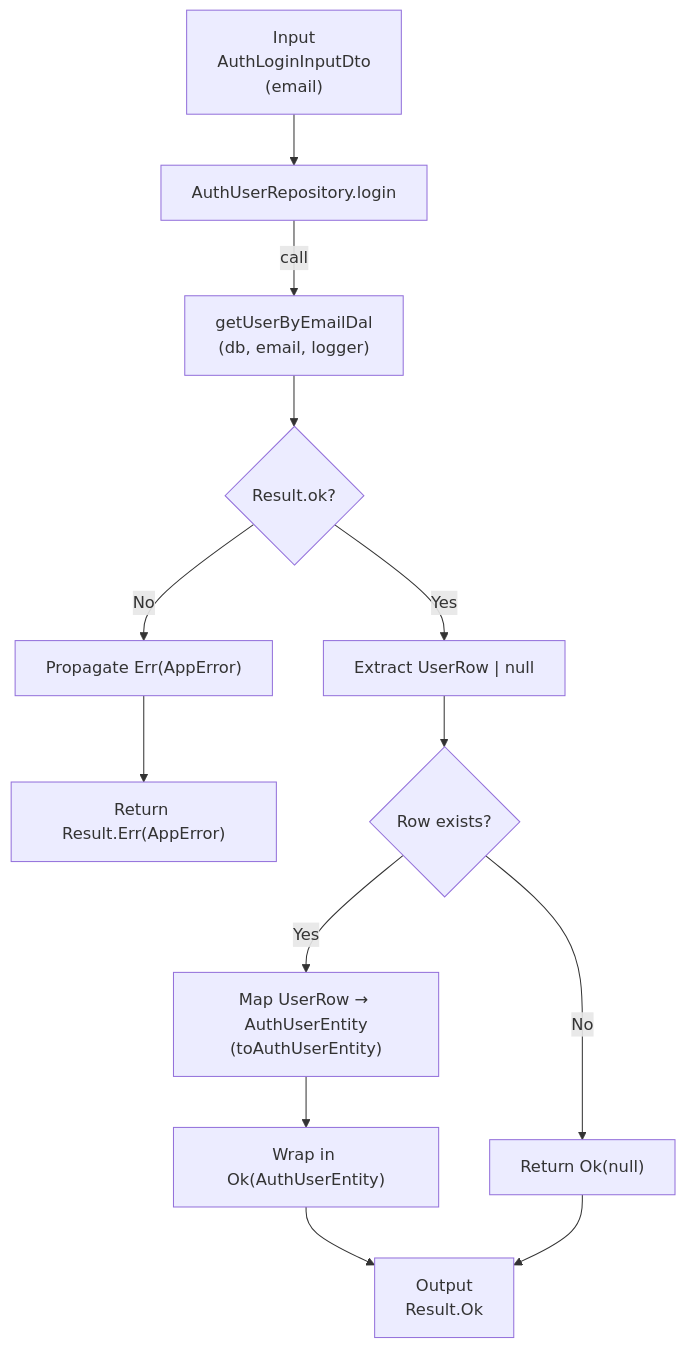
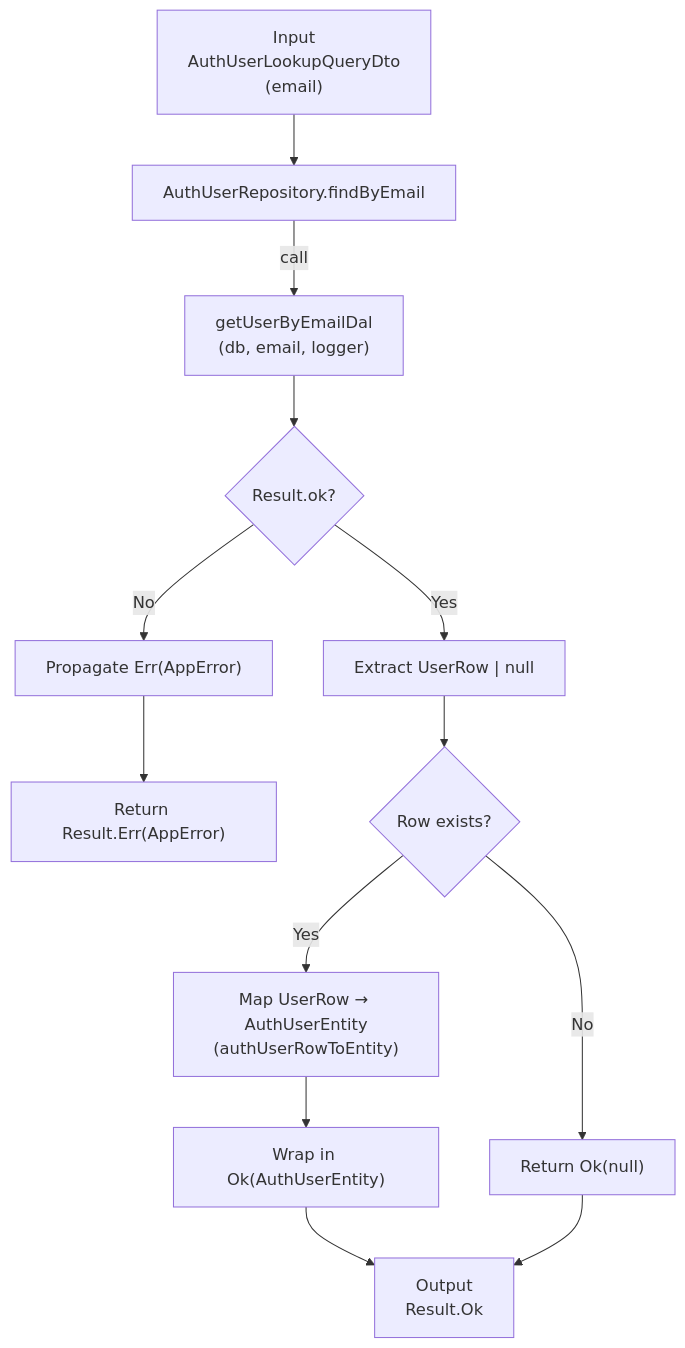
Before and after one commit to andrewpetersondev/nextjs-dashboard: the fifth of 6 diagrams in src/modules/auth/notes/flowcharts.md, drawn with Mermaid. The commit also changed other lines of this file and 1 other file, not shown here.

Commit message:
docs: update flowcharts and sequence diagrams for login workflow and session establishment, enhancing clarity and anti-enumeration logic

````diff
--- a/src/modules/auth/notes/flowcharts.md
+++ b/src/modules/auth/notes/flowcharts.md
@@ -181,32 +182,32 @@
 ```mermaid
 flowchart TD
 %% Inputs
-  A["Input<br/>AuthLoginInputDto<br/>(email)"] --> B[AuthUserRepository.login]
+  A["Input<br/>AuthUserLookupQueryDto<br/>(email)"] --> B[AuthUserRepository.findByEmail]
 
 %% DAL call
 B -->|call| C["getUserByEmailDal<br/>(db, email, logger)"]
 
 %% DAL result decision
 C --> D{Result.ok?}
 
 %% Error propagation
 D -->|No| E["Propagate Err(AppError)"]
 E --> Z["Return Result.Err(AppError)"]
 
 %% Success path
 D -->|Yes| F["Extract UserRow | null"]
 
 %% User existence decision
 F --> G{Row exists?}
 
 %% Mapping path
-G -->|Yes| H["Map UserRow → AuthUserEntity<br/>(toAuthUserEntity)"]
+G -->|Yes| H["Map UserRow → AuthUserEntity<br/>(authUserRowToEntity)"]
 H --> I["Wrap in Ok(AuthUserEntity)"]
 
 %% Null passthrough
 G -->|No| J["Return Ok(null)"]
 
 %% Outputs
 I --> K["Output<br/>Result.Ok<AuthUserEntity | null>"]
 J --> K
 ```
````
